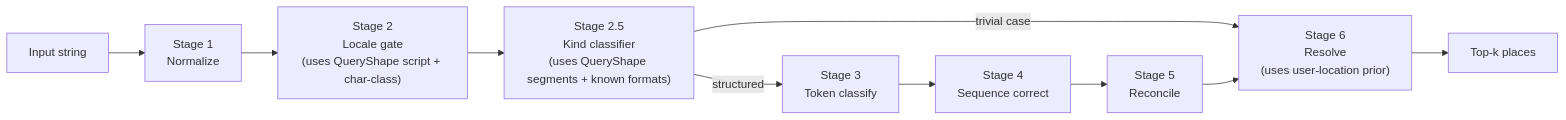
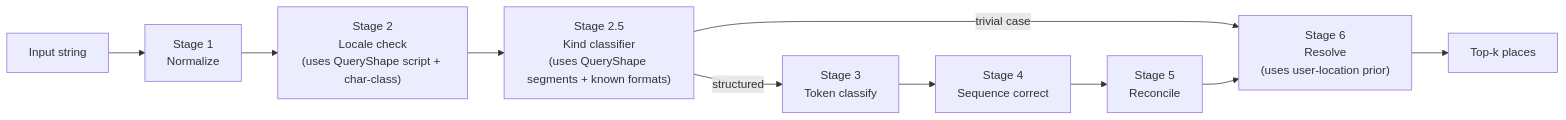
One commit to sister-software/mailwoman changed the diagram in docs/engineering/reference/QUERY_SHAPE.mdx. Above: the diagram before and after it, drawn with Mermaid. The commit also changed other lines of this file and 5709 other files, not shown here.

````diff
--- a/docs/engineering/reference/QUERY_SHAPE.mdx
+++ b/docs/engineering/reference/QUERY_SHAPE.mdx
@@ -154,13 +154,13 @@
 ```mermaid
 flowchart LR
     I["Input string"]
     I --> S1["Stage 1<br>Normalize"]
-    S1 --> S2["Stage 2<br>Locale gate<br>(uses QueryShape script + char-class)"]
+    S1 --> S2["Stage 2<br>Locale check<br>(uses QueryShape script + char-class)"]
     S2 --> S25["Stage 2.5<br>Kind classifier<br>(uses QueryShape segments + known formats)"]
     S25 -->|"trivial case"| S6
     S25 -->|"structured"| S3["Stage 3<br>Token classify"]
     S3 --> S4["Stage 4<br>Sequence correct"]
     S4 --> S5["Stage 5<br>Reconcile"]
     S5 --> S6["Stage 6<br>Resolve<br>(uses user-location prior)"]
     S6 --> O["Top-k places"]
 ```
````
